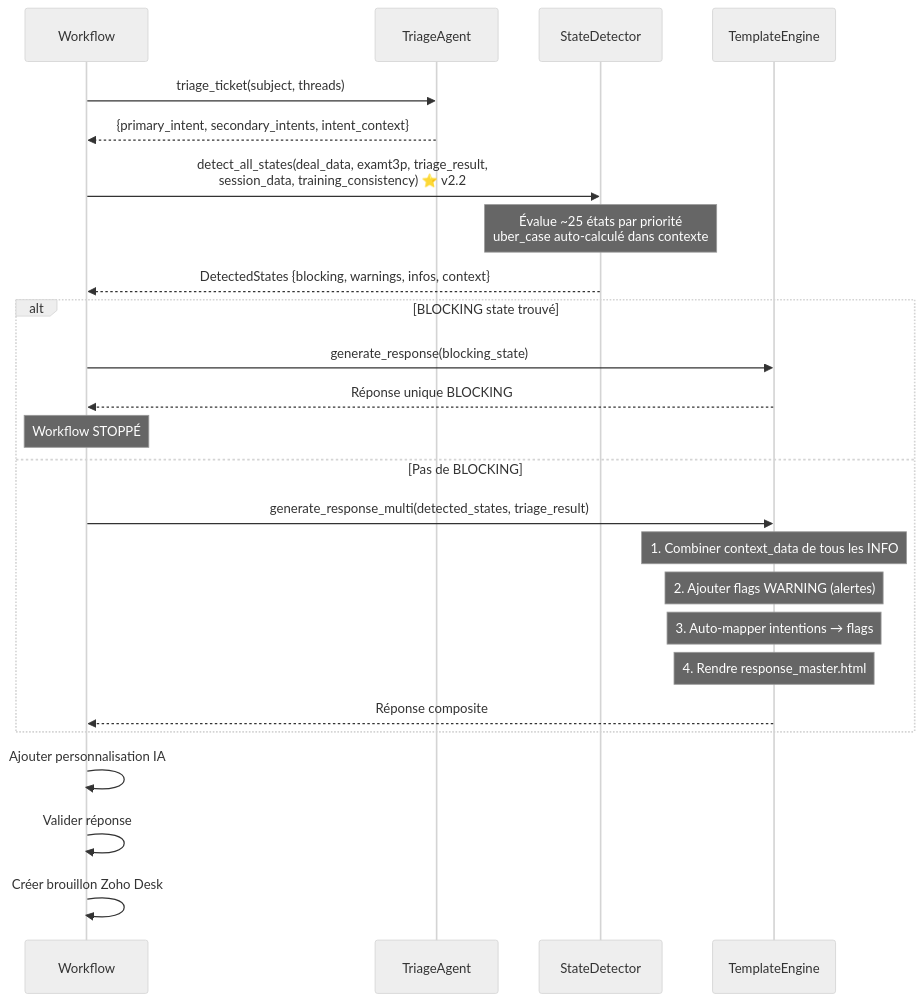
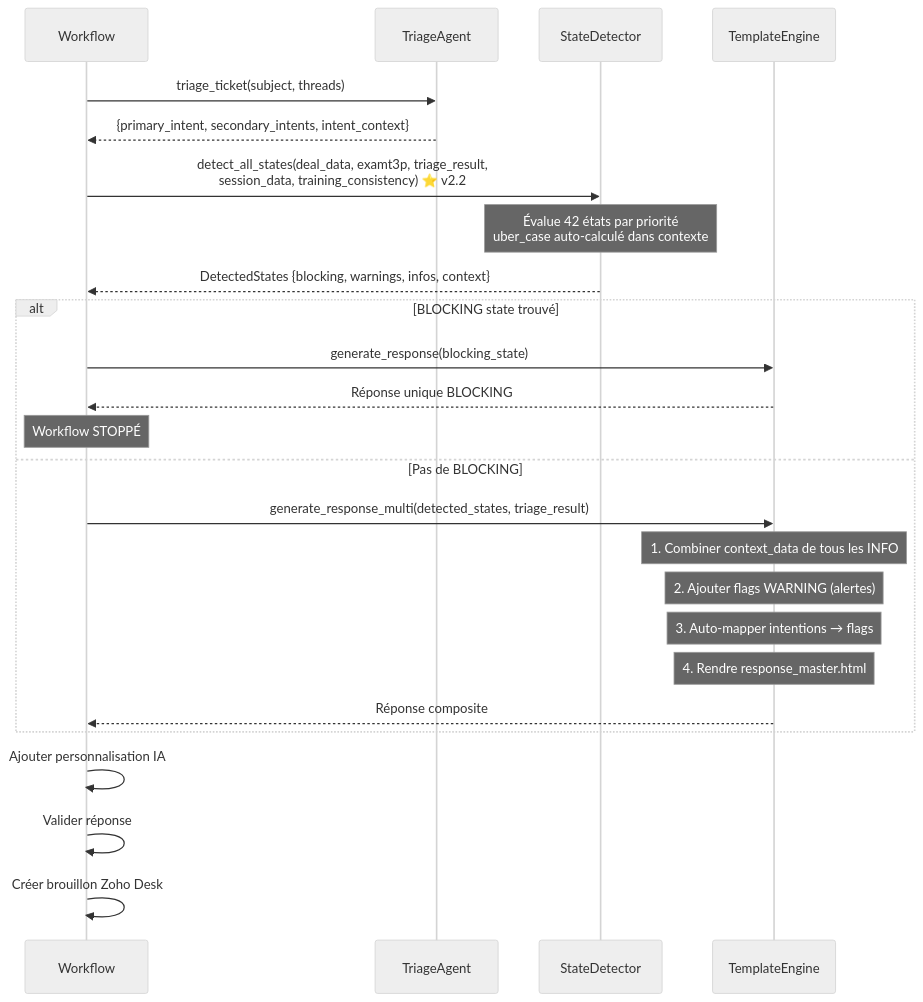
Before and after one commit to CAB-FORMATIONS/a-level-saver: diagram 16 of 20 in docs/architecture-diagrams.md, drawn with Mermaid (neutral theme). The commit also changed other lines of this file and 20 other files, not shown here.

````diff
--- a/docs/architecture-diagrams.md
+++ b/docs/architecture-diagrams.md
@@ -939,35 +939,35 @@
 ```mermaid
 sequenceDiagram
     participant WF as Workflow
     participant TA as TriageAgent
     participant SD as StateDetector
     participant TE as TemplateEngine
 
     WF->>TA: triage_ticket(subject, threads)
     TA-->>WF: {primary_intent, secondary_intents, intent_context}
 
     WF->>SD: detect_all_states(deal_data, examt3p, triage_result,<br/>session_data, training_consistency) ⭐ v2.2
 
-    Note over SD: Évalue ~25 états par priorité<br/>uber_case auto-calculé dans contexte
+    Note over SD: Évalue 42 états par priorité<br/>uber_case auto-calculé dans contexte
 
     SD-->>WF: DetectedStates {blocking, warnings, infos, context}
 
     alt BLOCKING state trouvé
         WF->>TE: generate_response(blocking_state)
         TE-->>WF: Réponse unique BLOCKING
         Note over WF: Workflow STOPPÉ
     else Pas de BLOCKING
         WF->>TE: generate_response_multi(detected_states, triage_result)
 
         Note over TE: 1. Combiner context_data de tous les INFO
         Note over TE: 2. Ajouter flags WARNING (alertes)
         Note over TE: 3. Auto-mapper intentions → flags
         Note over TE: 4. Rendre response_master.html
 
         TE-->>WF: Réponse composite
     end
 
     WF->>WF: Ajouter personnalisation IA
     WF->>WF: Valider réponse
     WF->>WF: Créer brouillon Zoho Desk
 ```
````
